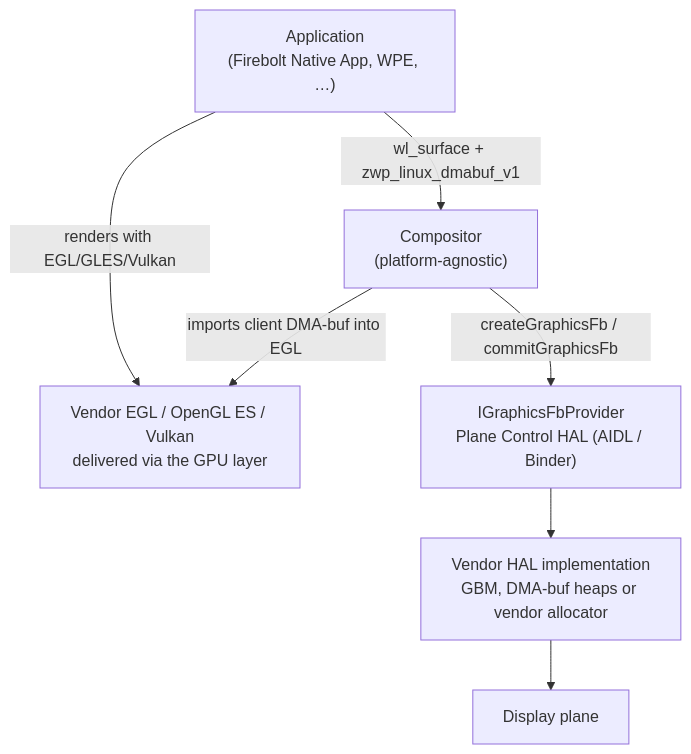
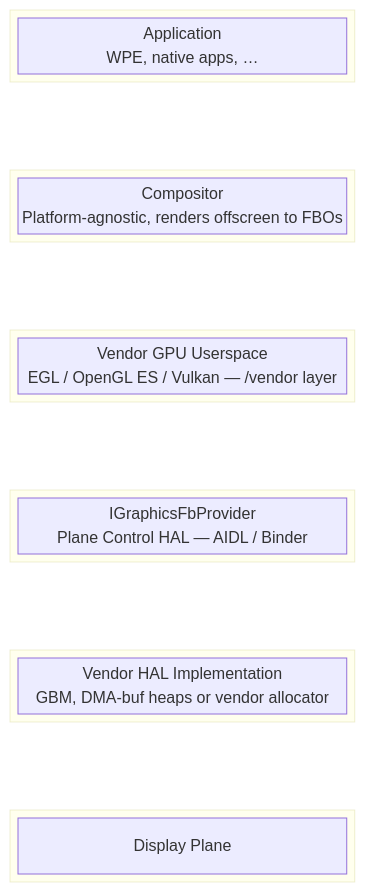
One commit to rdkcentral/rdk-halif-aidl changed the diagram in vsi/graphics/current/docs/graphics.md. Above: the diagram before and after it, drawn with Mermaid. The commit also changed other lines of this file and 1 other file, not shown here.

First line of the commit message:
docs(vsi): loader-discovered components and graphics driver discovery (#62)

````diff
--- a/vsi/graphics/current/docs/graphics.md
+++ b/vsi/graphics/current/docs/graphics.md
@@ -42,16 +47,27 @@
 ```mermaid
-flowchart TB
-    app["Application<br/>(Firebolt Native App, WPE, …)"]
-    egl["Vendor EGL / OpenGL ES / Vulkan<br/>delivered via the GPU layer"]
-    comp["Compositor<br/>(platform-agnostic)"]
-    hal["IGraphicsFbProvider<br/>Plane Control HAL (AIDL / Binder)"]
-    vhal["Vendor HAL implementation<br/>GBM, DMA-buf heaps or vendor allocator"]
-    disp["Display plane"]
-
-    app -->|"renders with EGL/GLES/Vulkan"| egl
-    app -->|"wl_surface + zwp_linux_dmabuf_v1"| comp
-    comp -->|"imports client DMA-buf into EGL"| egl
-    comp -->|"createGraphicsFb / commitGraphicsFb"| hal
-    hal --> vhal
-    vhal --> disp
+block-beta
+    columns 1
+    block:app
+        app_label["Application<br/>WPE, native apps, …"]
+    end
+    space
+    block:compositor
+        comp_label["Compositor<br/>Platform-agnostic, renders offscreen to FBOs"]
+    end
+    space
+    block:gpu
+        gpu_label["Vendor GPU Userspace<br/>EGL / OpenGL ES / Vulkan — /vendor layer"]
+    end
+    space
+    block:hal
+        hal_label["IGraphicsFbProvider<br/>Plane Control HAL — AIDL / Binder"]
+    end
+    space
+    block:vendor
+        vendor_label["Vendor HAL Implementation<br/>GBM, DMA-buf heaps or vendor allocator"]
+    end
+    space
+    block:display
+        display_label["Display Plane"]
+    end
 ```
````
